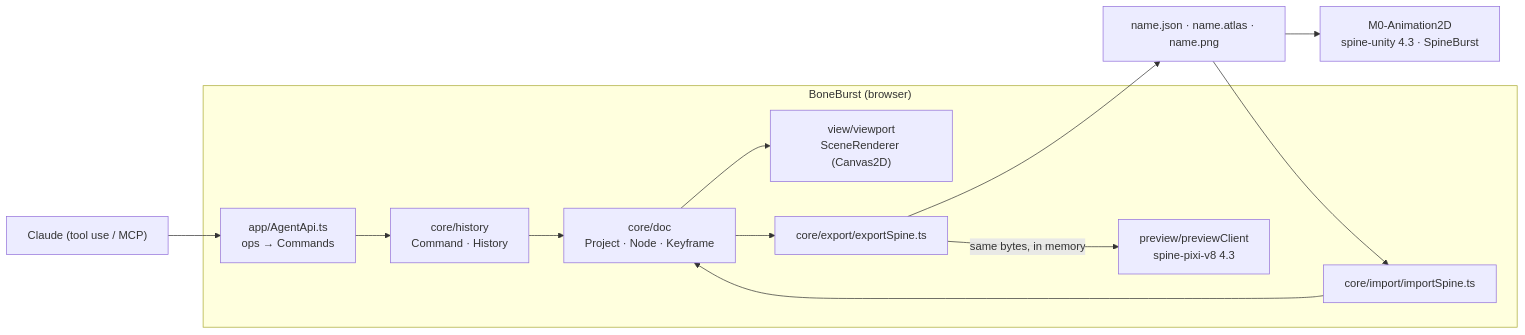
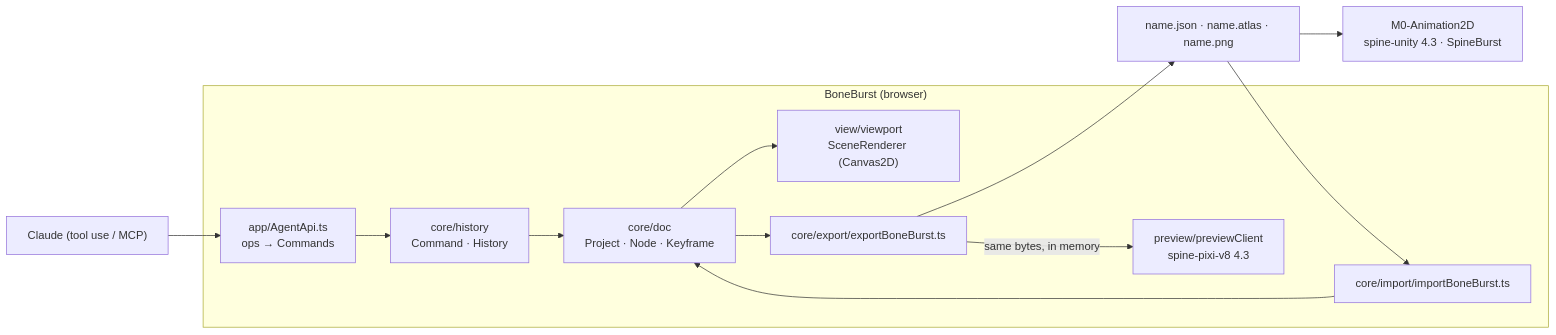
Before and after one commit to 12pnp/M0-Animation-2D: the diagram in docs/PLAN.md, drawn with Mermaid. The commit also changed other lines of this file and 115 other files, not shown here.

First line of the commit message:
Rename the core Spine module to BoneBurst; plan the move into M0-Animation-2D

````diff
--- a/docs/PLAN.md
+++ b/docs/PLAN.md
@@ -9,23 +9,23 @@
 ```mermaid
 flowchart LR
     subgraph EDITOR["BoneBurst (browser)"]
         DOC["core/doc<br/>Project · Node · Keyframe"]
         HIST["core/history<br/>Command · History"]
-        EXP["core/export/exportSpine.ts"]
-        IMP["core/import/importSpine.ts"]
+        EXP["core/export/exportBoneBurst.ts"]
+        IMP["core/import/importBoneBurst.ts"]
         AGENT["app/AgentApi.ts<br/>ops → Commands"]
         STAGE["view/viewport<br/>SceneRenderer (Canvas2D)"]
         PREV["preview/previewClient<br/>spine-pixi-v8 4.3"]
     end
     SPINE["name.json · name.atlas · name.png"]
     AI["Claude (tool use / MCP)"]
     UNITY["M0-Animation2D<br/>spine-unity 4.3 · SpineBurst"]
     IMP --> DOC
     AGENT --> HIST --> DOC
     DOC --> STAGE
     DOC --> EXP --> SPINE
     EXP -->|"same bytes, in memory"| PREV
     SPINE --> IMP
     SPINE --> UNITY
     AI --> AGENT
 ```
````
